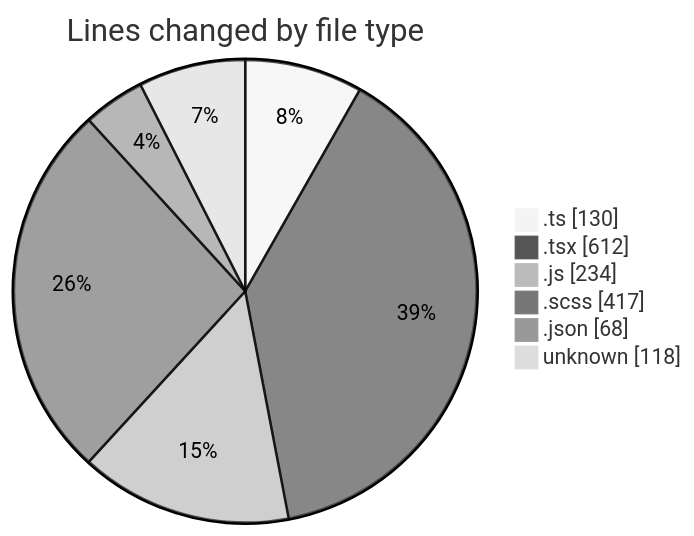
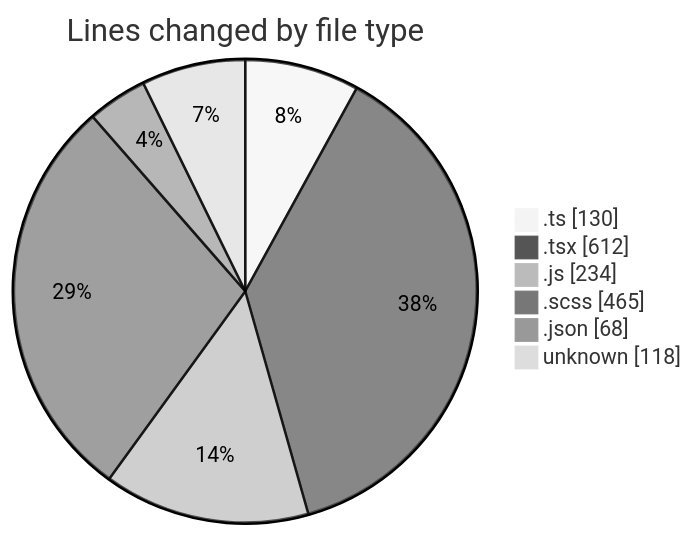
The first of 2 diagrams in 2026-05-08/cda/README.md (momahboobian/code-tracking), drawn with Mermaid (neutral theme) before and after one commit. The commit also changed other lines of this file and 1 other file, not shown here.

````diff
--- a/2026-05-08/cda/README.md
+++ b/2026-05-08/cda/README.md
@@ -38,10 +38,10 @@
 ```mermaid
 pie showData
 title Lines changed by file type
 ".ts" : 130
 ".tsx" : 612
 ".js" : 234
-".scss" : 417
+".scss" : 465
 ".json" : 68
 "unknown" : 118
 ```
````
